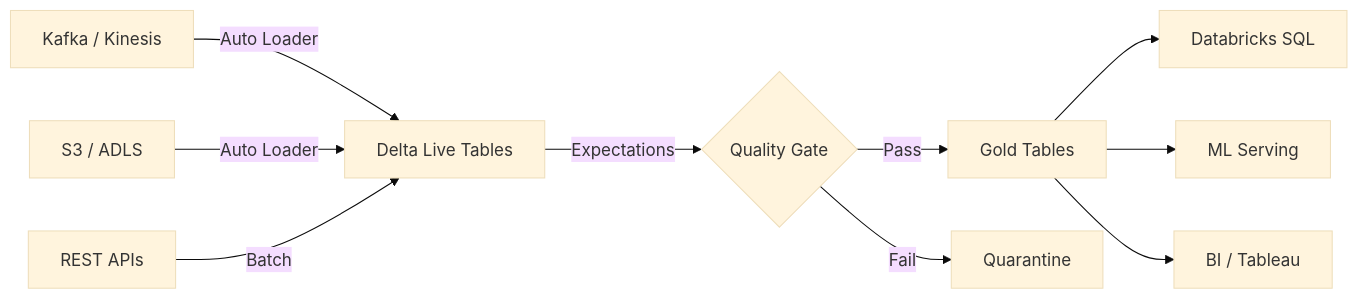
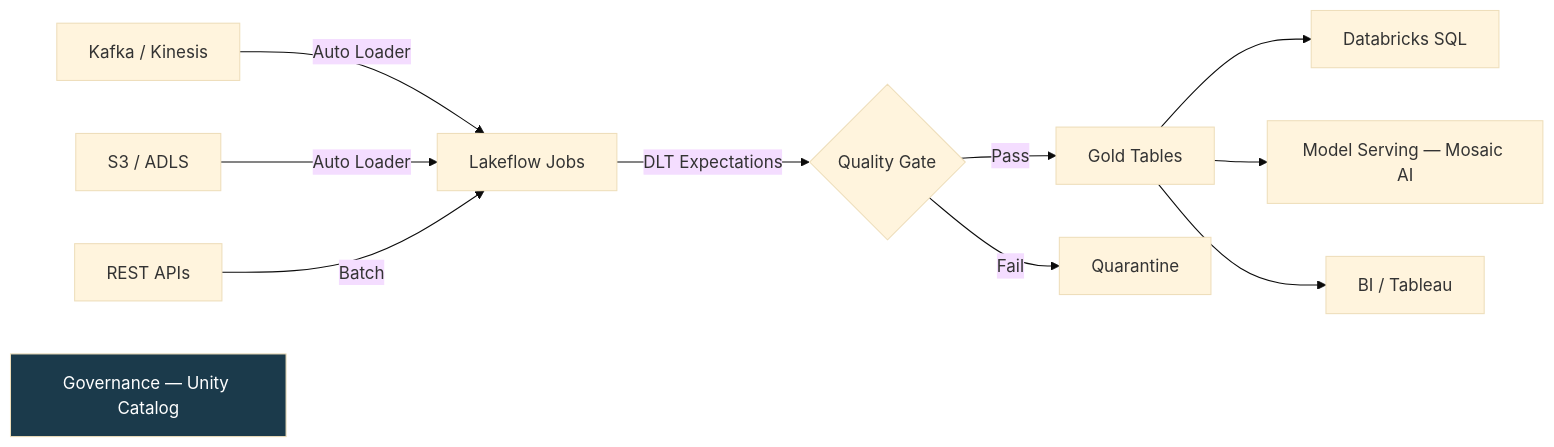
Diagram 12 of 22 in diagram/SKILL.md (saselvan/claude-skills), drawn with Mermaid (base theme) before and after one commit. The commit also changed other lines of this file and 2 other files, not shown here.

Commit message:
diagram v3.1: border conventions, icon conventions, cloud platform layer, lifecycle exception, expanded product naming — from Databricks ref arch analysis

````diff
--- a/diagram/SKILL.md
+++ b/diagram/SKILL.md
@@ -462,14 +737,19 @@
 ```mermaid
 flowchart LR
-    K[Kafka / Kinesis] -->|Auto Loader| DLT[Delta Live Tables]
+    K[Kafka / Kinesis] -->|Auto Loader| DLT[Lakeflow Jobs]
     S3[S3 / ADLS] -->|Auto Loader| DLT
     API[REST APIs] -->|Batch| DLT
 
-    DLT -->|Expectations| Q{Quality Gate}
+    DLT -->|DLT Expectations| Q{Quality Gate}
     Q -->|Pass| Gold[Gold Tables]
     Q -->|Fail| Quarantine[Quarantine]
 
     Gold --> DS[Databricks SQL]
-    Gold --> ML[ML Serving]
+    Gold --> ML[Model Serving — Mosaic AI]
     Gold --> BI[BI / Tableau]
+
+    governance["Governance — Unity Catalog"]
+
+    classDef gov fill:#1B3A4B,color:#fff
+    class governance gov
 ```
````
